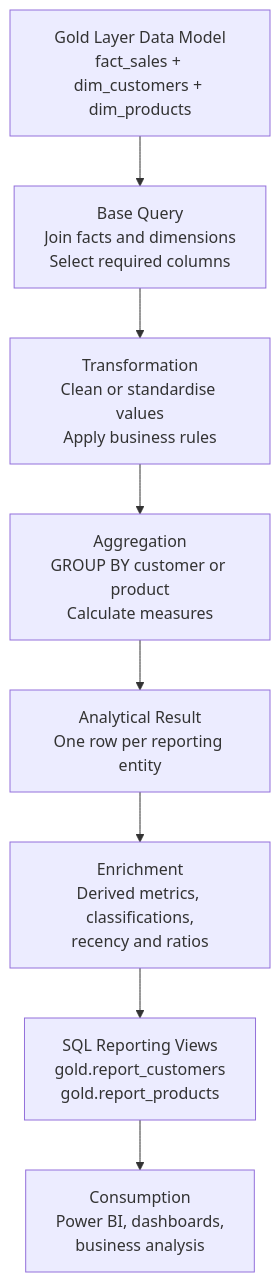
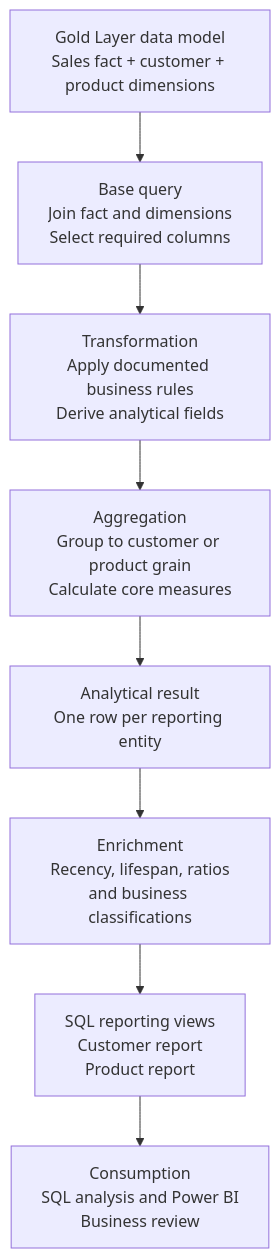
Before and after one commit to Ashwannii-20/sql-advanced-analytics: the diagram in docs/architecture.md, drawn with Mermaid. The commit also changed other lines of this file, not shown here.

````diff
--- a/docs/architecture.md
+++ b/docs/architecture.md
@@ -9,13 +9,13 @@
 ```mermaid
 flowchart TD
-    A["Gold Layer Data Model<br/>fact_sales + dim_customers + dim_products"]
-    B["Base Query<br/>Join facts and dimensions<br/>Select required columns"]
-    C["Transformation<br/>Clean or standardise values<br/>Apply business rules"]
-    D["Aggregation<br/>GROUP BY customer or product<br/>Calculate measures"]
-    E["Analytical Result<br/>One row per reporting entity"]
-    F["Enrichment<br/>Derived metrics, classifications,<br/>recency and ratios"]
-    G["SQL Reporting Views<br/>gold.report_customers<br/>gold.report_products"]
-    H["Consumption<br/>Power BI, dashboards,<br/>business analysis"]
+    A["Gold Layer data model<br/>Sales fact + customer + product dimensions"]
+    B["Base query<br/>Join fact and dimensions<br/>Select required columns"]
+    C["Transformation<br/>Apply documented business rules<br/>Derive analytical fields"]
+    D["Aggregation<br/>Group to customer or product grain<br/>Calculate core measures"]
+    E["Analytical result<br/>One row per reporting entity"]
+    F["Enrichment<br/>Recency, lifespan, ratios<br/>and business classifications"]
+    G["SQL reporting views<br/>Customer report<br/>Product report"]
+    H["Consumption<br/>SQL analysis and Power BI<br/>Business review"]
 
     A --> B --> C --> D --> E --> F --> G --> H
 ```
````
